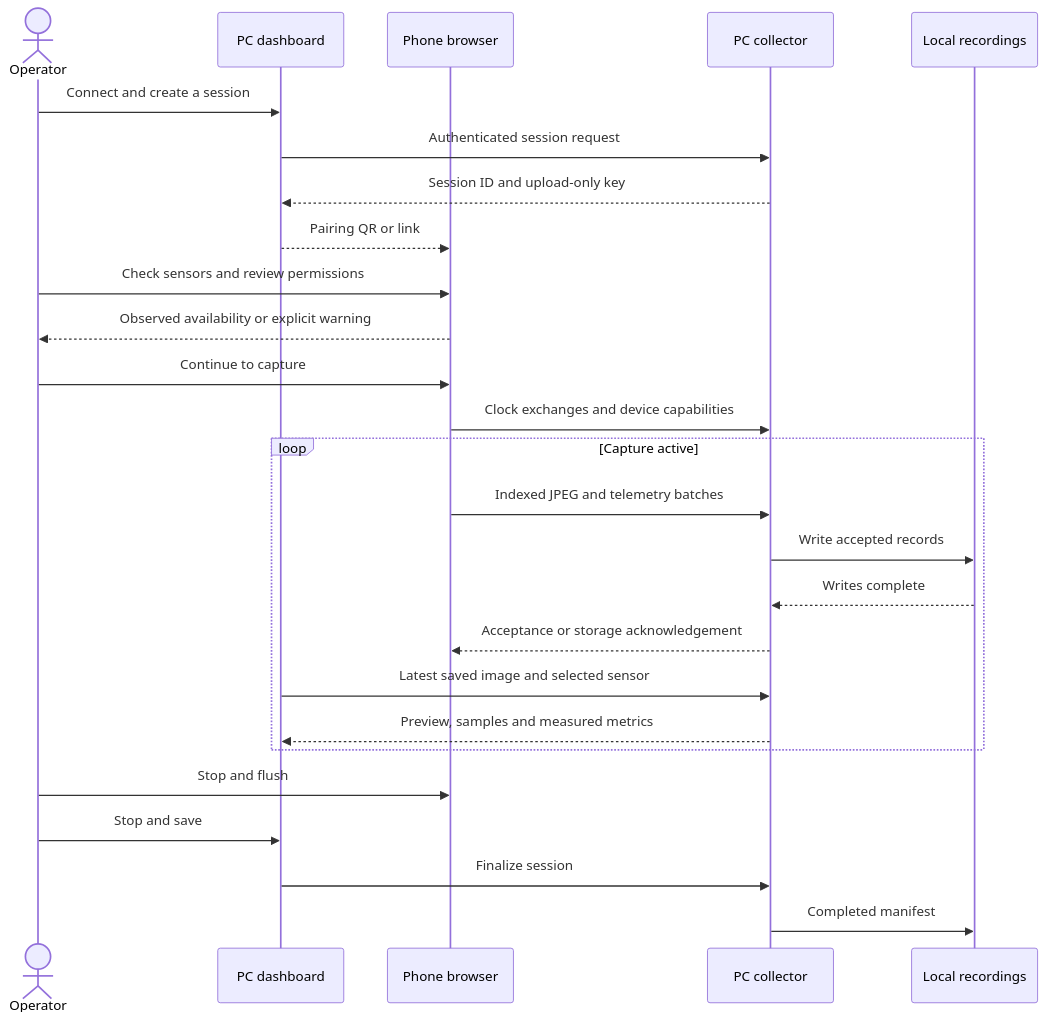
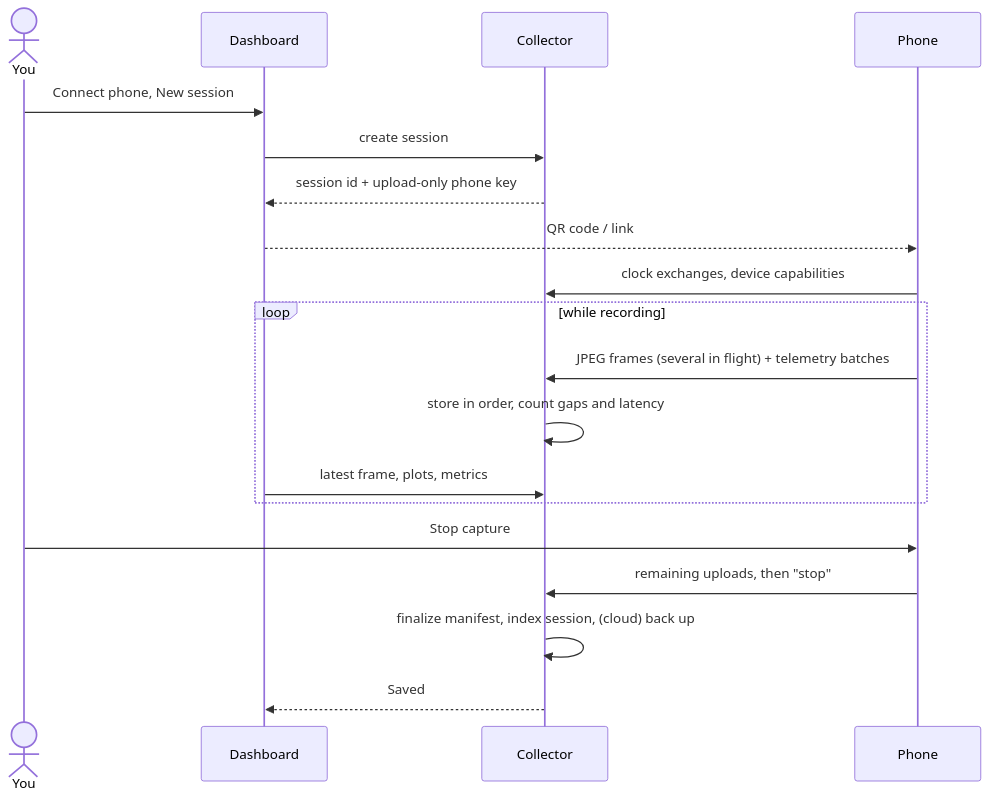
The second of 2 diagrams in README.md (DeoneAI/tepegoz), drawn with Mermaid before and after one commit. The commit also changed other lines of this file and 31 other files, not shown here.

````diff
--- a/README.md
+++ b/README.md
@@ -97,28 +147,21 @@
 ```mermaid
 sequenceDiagram
-  actor Operator
-  participant Dashboard as PC dashboard
-  participant Phone as Phone browser
-  participant Collector as PC collector
-  participant Disk as Local recordings
-  Operator->>Dashboard: Connect and create a session
-  Dashboard->>Collector: Authenticated session request
-  Collector-->>Dashboard: Session ID and upload-only key
-  Dashboard-->>Phone: Pairing QR or link
-  Operator->>Phone: Check sensors and review permissions
-  Phone-->>Operator: Observed availability or explicit warning
-  Operator->>Phone: Continue to capture
-  Phone->>Collector: Clock exchanges and device capabilities
-  loop Capture active
-    Phone->>Collector: Indexed JPEG and telemetry batches
-    Collector->>Disk: Write accepted records
-    Disk-->>Collector: Writes complete
-    Collector-->>Phone: Acceptance or storage acknowledgement
-    Dashboard->>Collector: Latest saved image and selected sensor
-    Collector-->>Dashboard: Preview, samples and measured metrics
-  end
-  Operator->>Phone: Stop and flush
-  Operator->>Dashboard: Stop and save
-  Dashboard->>Collector: Finalize session
-  Collector->>Disk: Completed manifest
+    actor You
+    participant Dash as Dashboard
+    participant C as Collector
+    participant Phone
+    You->>Dash: Connect phone, New session
+    Dash->>C: create session
+    C-->>Dash: session id + upload-only phone key
+    Dash-->>Phone: QR code / link
+    Phone->>C: clock exchanges, device capabilities
+    loop while recording
+        Phone->>C: JPEG frames (several in flight) + telemetry batches
+        C->>C: store in order, count gaps and latency
+        Dash->>C: latest frame, plots, metrics
+    end
+    You->>Phone: Stop capture
+    Phone->>C: remaining uploads, then "stop"
+    C->>C: finalize manifest, index session, (cloud) back up
+    C-->>Dash: Saved
 ```
````
